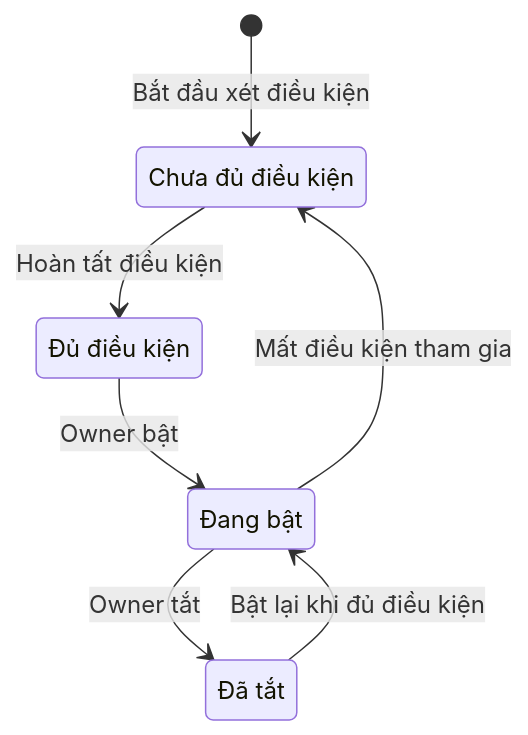
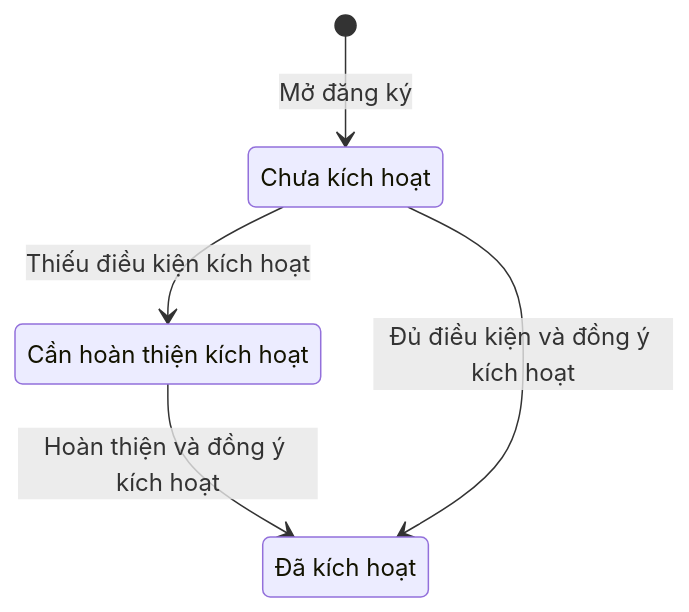
One commit to vlink-group/VlinkPay changed the sixth of 9 diagrams in nexora/docs/business/business-oneqr-earnings.md. Above: the diagram before and after it, drawn with Mermaid. The commit also changed other lines of this file and 3 other files, not shown here.

Commit message:
docs(1599): cập nhật tham gia OneQR, đổi điểm và rút tiền

````diff
--- a/nexora/docs/business/business-oneqr-earnings.md
+++ b/nexora/docs/business/business-oneqr-earnings.md
@@ -265,13 +279,10 @@
 ```mermaid
 stateDiagram-v2
-    state "Chưa đủ điều kiện" as Ineligible
-    state "Đủ điều kiện" as Eligible
-    state "Đang bật" as Enabled
-    state "Đã tắt" as Disabled
-    [*] --> Ineligible : Bắt đầu xét điều kiện
-    Ineligible --> Eligible : Hoàn tất điều kiện
-    Eligible --> Enabled : Owner bật
-    Enabled --> Disabled : Owner tắt
-    Disabled --> Enabled : Bật lại khi đủ điều kiện
-    Enabled --> Ineligible : Mất điều kiện tham gia
+    state "Chưa kích hoạt" as New
+    state "Cần hoàn thiện kích hoạt" as Incomplete
+    state "Đã kích hoạt" as Active
+    [*] --> New : Mở đăng ký
+    New --> Incomplete : Thiếu điều kiện kích hoạt
+    Incomplete --> Active : Hoàn thiện và đồng ý kích hoạt
+    New --> Active : Đủ điều kiện và đồng ý kích hoạt
 ```
````
